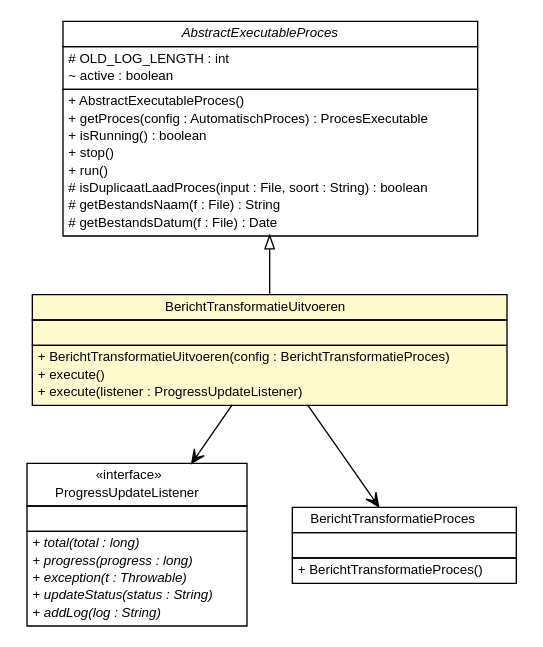
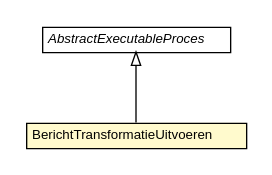
One commit to B3Partners/brmo changed the diagram in brmo-service/apidocs/nl/b3p/brmo/service/scanner/BerichtTransformatieUitvoeren.dot. Above: the diagram before and after it, drawn with Graphviz. The commit also changed 385 other files, not shown here.

```diff
--- a/brmo-service/apidocs/nl/b3p/brmo/service/scanner/BerichtTransformatieUitvoeren.dot
+++ b/brmo-service/apidocs/nl/b3p/brmo/service/scanner/BerichtTransformatieUitvoeren.dot
@@ -1,81 +1,26 @@
 #!/usr/local/bin/dot
 #
 # Class diagram 
 # Generated by UMLGraph version R5_6-24-gf6e263 (http://www.umlgraph.org/)
 #
 
 digraph G {
 	edge [fontname="Helvetica",fontsize=10,labelfontname="Helvetica",labelfontsize=10];
 	node [fontname="Helvetica",fontsize=10,shape=plaintext];
 	nodesep=0.25;
 	ranksep=0.5;
 	// nl.b3p.brmo.service.scanner.AbstractExecutableProces
-	c979 [label=<<table title="nl.b3p.brmo.service.scanner.AbstractExecutableProces" border="0" cellborder="1" cellspacing="0" cellpadding="2" port="p" href="./AbstractExecutableProces.html">
+	c926 [label=<<table title="nl.b3p.brmo.service.scanner.AbstractExecutableProces" border="0" cellborder="1" cellspacing="0" cellpadding="2" port="p" href="./AbstractExecutableProces.html">
 		<tr><td><table border="0" cellspacing="0" cellpadding="1">
 <tr><td align="center" balign="center"><font face="Helvetica-Oblique"> AbstractExecutableProces </font></td></tr>
 		</table></td></tr>
-		<tr><td><table border="0" cellspacing="0" cellpadding="1">
-<tr><td align="left" balign="left"> # OLD_LOG_LENGTH : int </td></tr>
-<tr><td align="left" balign="left"> ~ active : boolean </td></tr>
-		</table></td></tr>
-		<tr><td><table border="0" cellspacing="0" cellpadding="1">
-<tr><td align="left" balign="left"> + AbstractExecutableProces() </td></tr>
-<tr><td align="left" balign="left"> + getProces(config : AutomatischProces) : ProcesExecutable </td></tr>
-<tr><td align="left" balign="left"> + isRunning() : boolean </td></tr>
-<tr><td align="left" balign="left"> + stop() </td></tr>
-<tr><td align="left" balign="left"> + run() </td></tr>
-<tr><td align="left" balign="left"> # isDuplicaatLaadProces(input : File, soort : String) : boolean </td></tr>
-<tr><td align="left" balign="left"> # getBestandsNaam(f : File) : String </td></tr>
-<tr><td align="left" balign="left"> # getBestandsDatum(f : File) : Date </td></tr>
-		</table></td></tr>
 		</table>>, URL="./AbstractExecutableProces.html", fontname="Helvetica", fontcolor="black", fontsize=10.0];
-	// nl.b3p.brmo.service.scanner.ProgressUpdateListener
-	c981 [label=<<table title="nl.b3p.brmo.service.scanner.ProgressUpdateListener" border="0" cellborder="1" cellspacing="0" cellpadding="2" port="p" href="./ProgressUpdateListener.html">
-		<tr><td><table border="0" cellspacing="0" cellpadding="1">
-<tr><td align="center" balign="center"> &#171;interface&#187; </td></tr>
-<tr><td align="center" balign="center"> ProgressUpdateListener </td></tr>
-		</table></td></tr>
-		<tr><td><table border="0" cellspacing="0" cellpadding="1">
-<tr><td align="left" balign="left">  </td></tr>
-		</table></td></tr>
-		<tr><td><table border="0" cellspacing="0" cellpadding="1">
-<tr><td align="left" balign="left"><font face="Helvetica-Oblique" point-size="10.0"> + total(total : long) </font></td></tr>
-<tr><td align="left" balign="left"><font face="Helvetica-Oblique" point-size="10.0"> + progress(progress : long) </font></td></tr>
-<tr><td align="left" balign="left"><font face="Helvetica-Oblique" point-size="10.0"> + exception(t : Throwable) </font></td></tr>
-<tr><td align="left" balign="left"><font face="Helvetica-Oblique" point-size="10.0"> + updateStatus(status : String) </font></td></tr>
-<tr><td align="left" balign="left"><font face="Helvetica-Oblique" point-size="10.0"> + addLog(log : String) </font></td></tr>
-		</table></td></tr>
-		</table>>, URL="./ProgressUpdateListener.html", fontname="Helvetica", fontcolor="black", fontsize=10.0];
 	// nl.b3p.brmo.service.scanner.BerichtTransformatieUitvoeren
-	c988 [label=<<table title="nl.b3p.brmo.service.scanner.BerichtTransformatieUitvoeren" border="0" cellborder="1" cellspacing="0" cellpadding="2" port="p" bgcolor="lemonChiffon" href="./BerichtTransformatieUitvoeren.html">
+	c935 [label=<<table title="nl.b3p.brmo.service.scanner.BerichtTransformatieUitvoeren" border="0" cellborder="1" cellspacing="0" cellpadding="2" port="p" bgcolor="lemonChiffon" href="./BerichtTransformatieUitvoeren.html">
 		<tr><td><table border="0" cellspacing="0" cellpadding="1">
 <tr><td align="center" balign="center"> BerichtTransformatieUitvoeren </td></tr>
 		</table></td></tr>
-		<tr><td><table border="0" cellspacing="0" cellpadding="1">
-<tr><td align="left" balign="left">  </td></tr>
-		</table></td></tr>
-		<tr><td><table border="0" cellspacing="0" cellpadding="1">
-<tr><td align="left" balign="left"> + BerichtTransformatieUitvoeren(config : BerichtTransformatieProces) </td></tr>
-<tr><td align="left" balign="left"> + execute() </td></tr>
-<tr><td align="left" balign="left"> + execute(listener : ProgressUpdateListener) </td></tr>
-		</table></td></tr>
 		</table>>, URL="./BerichtTransformatieUitvoeren.html", fontname="Helvetica", fontcolor="black", fontsize=10.0];
 	//nl.b3p.brmo.service.scanner.BerichtTransformatieUitvoeren extends nl.b3p.brmo.service.scanner.AbstractExecutableProces
-	c979:p -> c988:p [dir=back,arrowtail=empty];
-	// nl.b3p.brmo.service.scanner.BerichtTransformatieUitvoeren NAVASSOC nl.b3p.brmo.persistence.staging.BerichtTransformatieProces
-	c988:p -> c995:p [taillabel="", label="", headlabel="", fontname="Helvetica", fontcolor="black", fontsize=10.0, color="black", arrowhead=open];
-	// nl.b3p.brmo.service.scanner.BerichtTransformatieUitvoeren NAVASSOC nl.b3p.brmo.service.scanner.ProgressUpdateListener
-	c988:p -> c981:p [taillabel="", label="", headlabel="", fontname="Helvetica", fontcolor="black", fontsize=10.0, color="black", arrowhead=open];
-	// nl.b3p.brmo.persistence.staging.BerichtTransformatieProces
-	c995 [label=<<table title="nl.b3p.brmo.persistence.staging.BerichtTransformatieProces" border="0" cellborder="1" cellspacing="0" cellpadding="2" port="p">
-		<tr><td><table border="0" cellspacing="0" cellpadding="1">
-<tr><td align="center" balign="center"> BerichtTransformatieProces </td></tr>
-		</table></td></tr>
-		<tr><td><table border="0" cellspacing="0" cellpadding="1">
-<tr><td align="left" balign="left">  </td></tr>
-		</table></td></tr>
-		<tr><td><table border="0" cellspacing="0" cellpadding="1">
-<tr><td align="left" balign="left"> + BerichtTransformatieProces() </td></tr>
-		</table></td></tr>
-		</table>>, URL="null", fontname="Helvetica", fontcolor="black", fontsize=10.0];
+	c926:p -> c935:p [dir=back,arrowtail=empty];
 }
```
